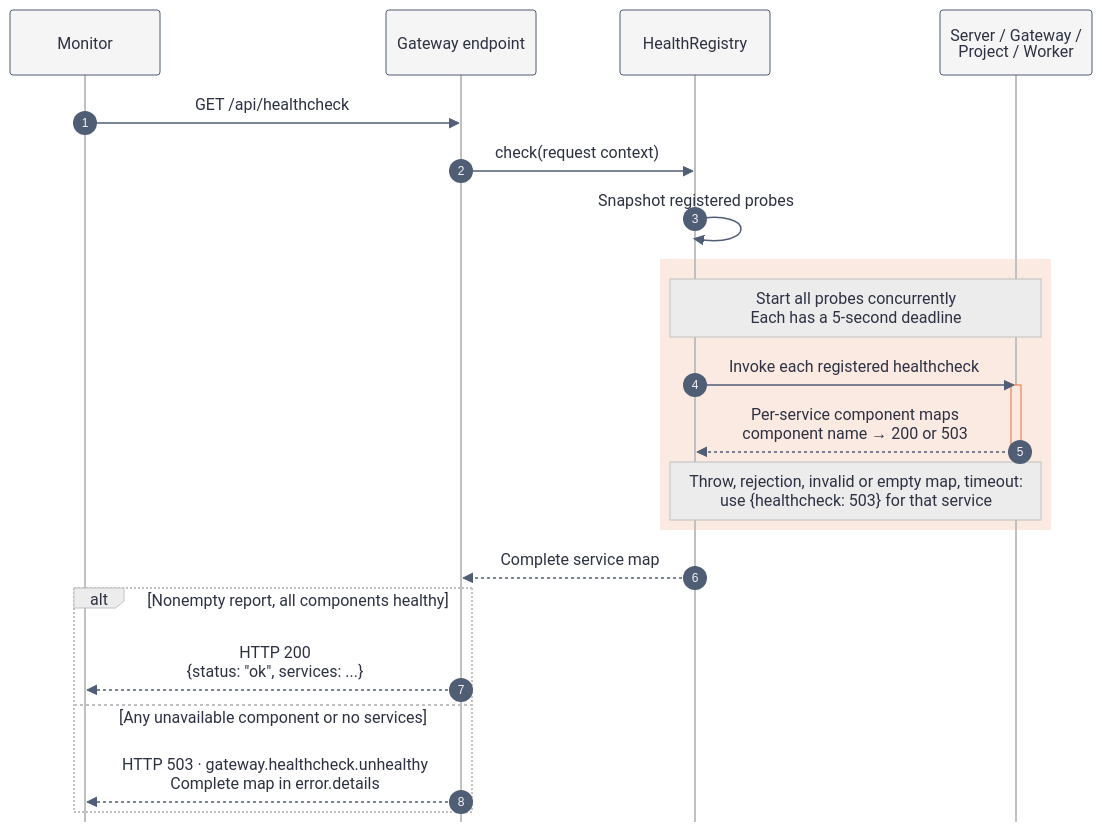
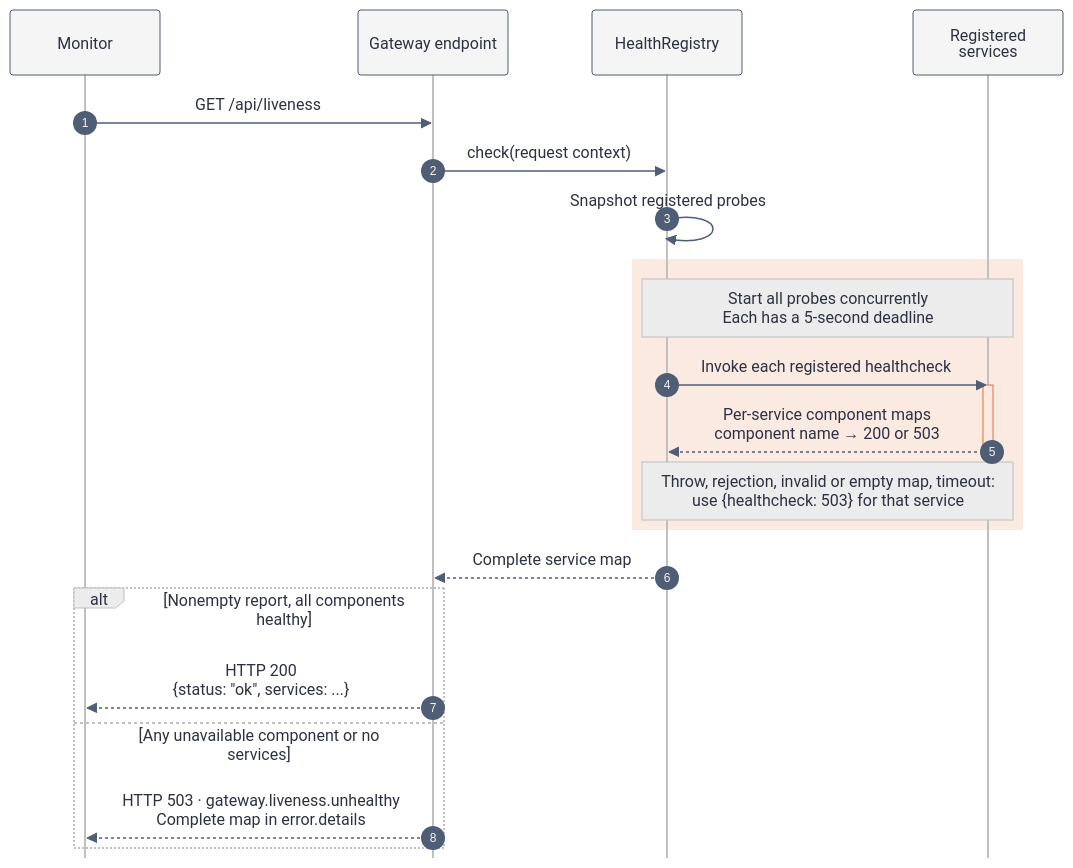
One commit to kanthorlabs/kanthord changed the first of 2 diagrams in docs/explanation/healthchecks.md. Above: the diagram before and after it, drawn with Mermaid. The commit also changed other lines of this file and 12 other files, not shown here.

````diff
--- a/docs/explanation/healthchecks.md
+++ b/docs/explanation/healthchecks.md
@@ -14,29 +14,29 @@
 ```mermaid
 %%{init: {"theme": "base", "themeVariables": {"background": "#f5f5f5", "primaryColor": "#f5f5f5", "primaryTextColor": "#2d3142", "actorBkg": "#f5f5f5", "actorBorder": "#4f5d75", "actorTextColor": "#2d3142", "actorLineColor": "#bfc0c0", "signalColor": "#4f5d75", "signalTextColor": "#2d3142", "noteBkgColor": "#ececec", "noteBorderColor": "#bfc0c0", "noteTextColor": "#2d3142", "labelBoxBkgColor": "#ececec", "labelBoxBorderColor": "#bfc0c0", "labelTextColor": "#2d3142", "loopTextColor": "#2d3142", "activationBkgColor": "#fbeae1", "activationBorderColor": "#eb6c36"}, "themeCSS": "& { background-color: #f5f5f5; }", "sequence": {"mirrorActors": false, "useMaxWidth": false}}}%%
 sequenceDiagram
     accTitle: KanthorD healthcheck collection
-    accDescr: Gateway asks the shared health registry to collect concurrent reports from Server, Gateway, Project, and Worker, then returns a complete healthy or unhealthy response.
+    accDescr: Gateway asks the shared health registry to collect concurrent reports from every registered service, then returns a complete healthy or unhealthy response.
     autonumber
     participant M as Monitor
     participant G as Gateway endpoint
     participant R as HealthRegistry
-    participant S as Server / Gateway /<br/>Project / Worker
+    participant S as Registered<br/>services
 
-    M->>G: GET /api/healthcheck
+    M->>G: GET /api/liveness
     G->>R: check(request context)
     R->>R: Snapshot registered probes
     rect rgb(251, 234, 225)
         Note over R,S: Start all probes concurrently<br/>Each has a 5-second deadline
         R->>S: Invoke each registered healthcheck
         activate S
         S-->>R: Per-service component maps<br/>component name → 200 or 503
         deactivate S
         Note over R,S: Throw, rejection, invalid or empty map, timeout:<br/>use {healthcheck: 503} for that service
     end
     R-->>G: Complete service map
     alt Nonempty report, all components healthy
         G-->>M: HTTP 200<br/>{status: "ok", services: ...}
     else Any unavailable component or no services
-        G-->>M: HTTP 503 · gateway.healthcheck.unhealthy<br/>Complete map in error.details
+        G-->>M: HTTP 503 · gateway.liveness.unhealthy<br/>Complete map in error.details
     end
 ```
````
